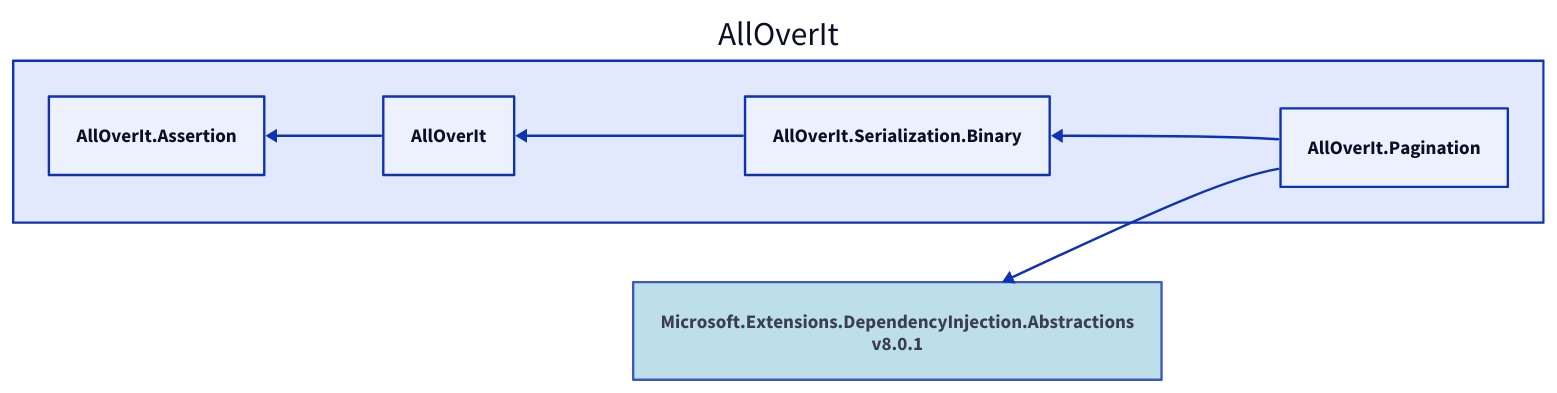
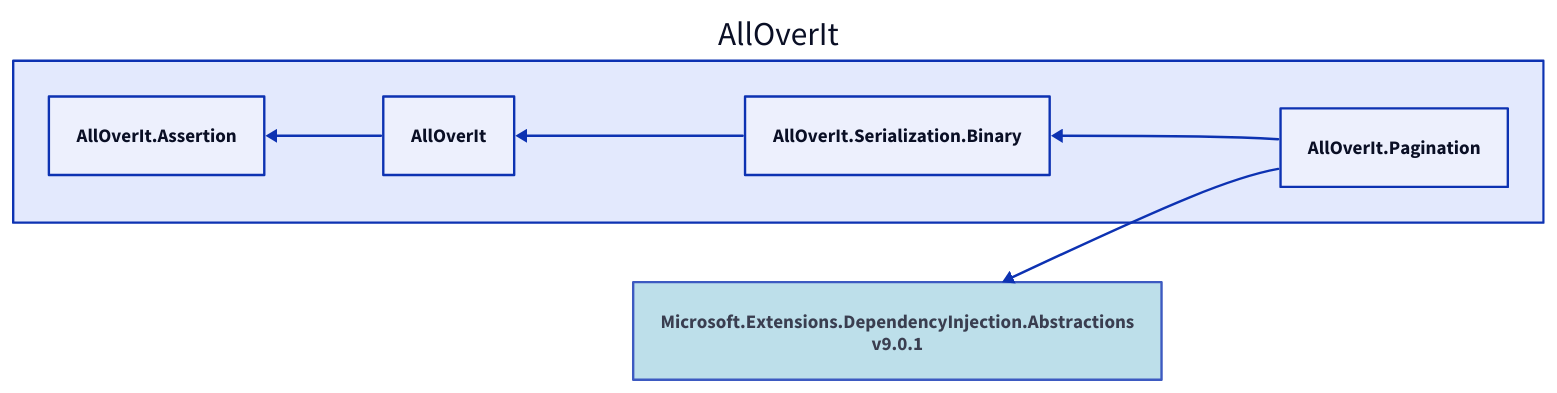
One commit to mjfreelancing/AllOverIt changed the diagram in Docs/Reference/Content/images/dependencies/net8.0/alloverit-pagination.d2. Above: the diagram before and after it, drawn with D2. The commit also changed 111 other files, not shown here.

```diff
--- a/Docs/Reference/Content/images/dependencies/net8.0/alloverit-pagination.d2
+++ b/Docs/Reference/Content/images/dependencies/net8.0/alloverit-pagination.d2
@@ -1,14 +1,14 @@
 direction: left
 
 aoi: AllOverIt
 aoi.alloverit-pagination: AllOverIt.Pagination
-microsoft-extensions-dependencyinjection-abstractions_8-0-1: Microsoft.Extensions.DependencyInjection.Abstractions\nv8.0.1
-microsoft-extensions-dependencyinjection-abstractions_8-0-1.style.fill: "#ADD8E6"
-microsoft-extensions-dependencyinjection-abstractions_8-0-1.style.opacity: 0.8
-microsoft-extensions-dependencyinjection-abstractions_8-0-1 <- aoi.alloverit-pagination
+microsoft-extensions-dependencyinjection-abstractions_9-0-1: Microsoft.Extensions.DependencyInjection.Abstractions\nv9.0.1
+microsoft-extensions-dependencyinjection-abstractions_9-0-1.style.fill: "#ADD8E6"
+microsoft-extensions-dependencyinjection-abstractions_9-0-1.style.opacity: 0.8
+microsoft-extensions-dependencyinjection-abstractions_9-0-1 <- aoi.alloverit-pagination
 aoi.alloverit-serialization-binary: AllOverIt.Serialization.Binary
 aoi.alloverit: AllOverIt
 aoi.alloverit-assertion: AllOverIt.Assertion
 aoi.alloverit-assertion <- aoi.alloverit
 aoi.alloverit <- aoi.alloverit-serialization-binary
 aoi.alloverit-serialization-binary <- aoi.alloverit-pagination
```
